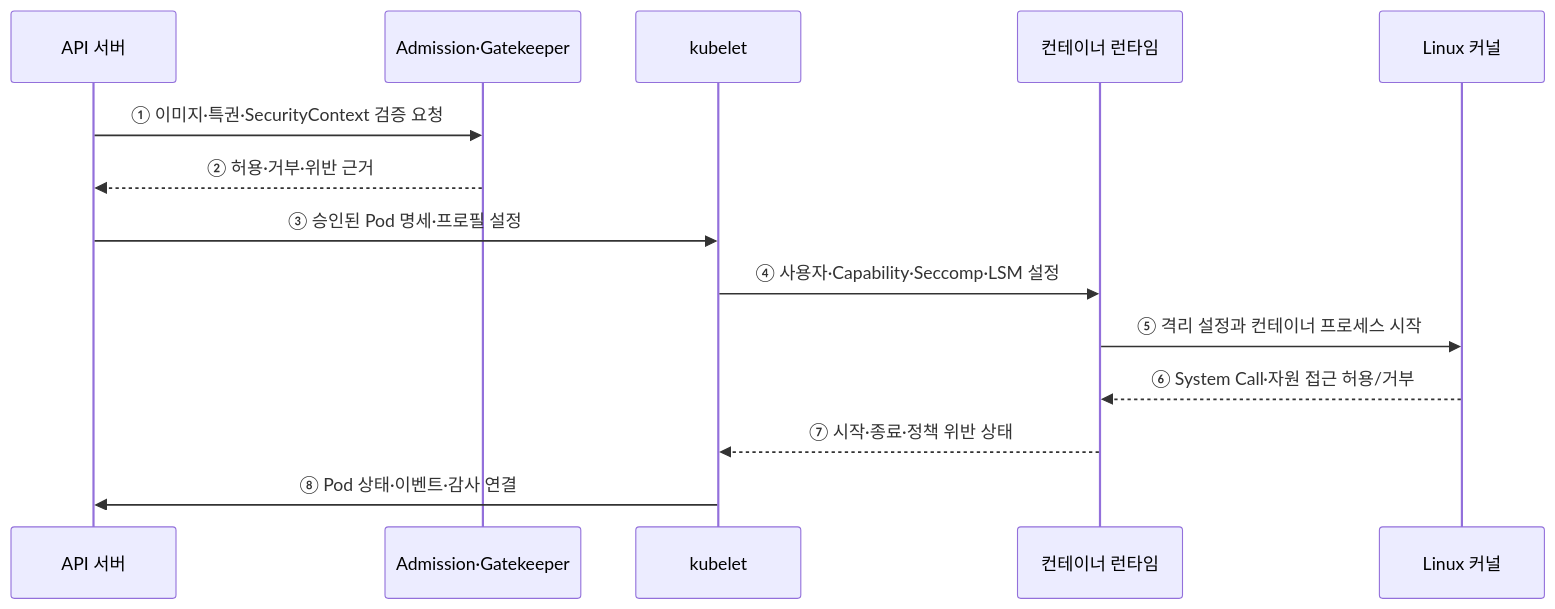
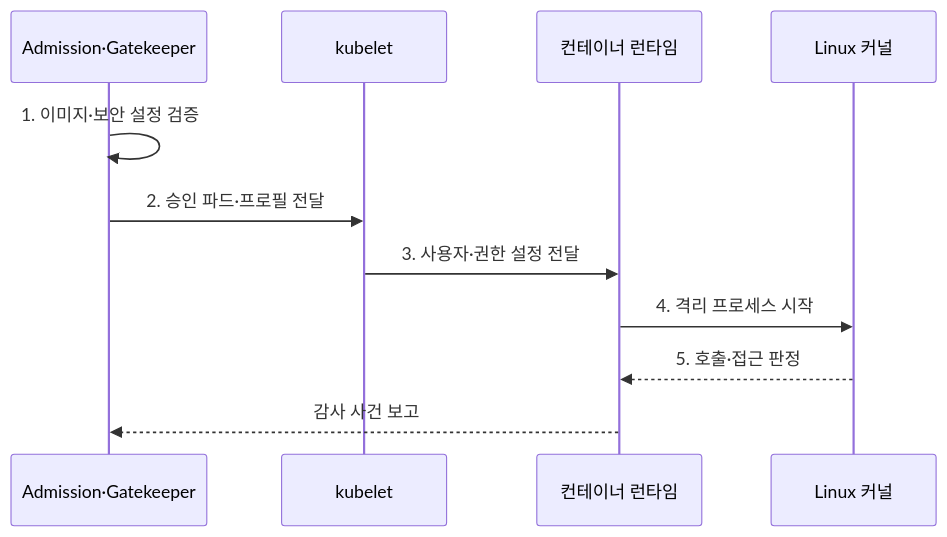
One commit to agnusdei1207/knowledge-base changed the second of 2 diagrams in src/content/docs/notes/03-software/158_container_security.md. Above: the diagram before and after it, drawn with Mermaid. The commit also changed other lines of this file and 20 other files, not shown here.

````diff
--- a/src/content/docs/notes/03-software/158_container_security.md
+++ b/src/content/docs/notes/03-software/158_container_security.md
@@ -73,16 +84,13 @@
 ```mermaid
 sequenceDiagram
-    participant A as API 서버
     participant O as Admission·Gatekeeper
     participant N as kubelet
     participant R as 컨테이너 런타임
     participant K as Linux 커널
-    A->>O: ① 이미지·특권·SecurityContext 검증 요청
-    O-->>A: ② 허용·거부·위반 근거
-    A->>N: ③ 승인된 Pod 명세·프로필 설정
-    N->>R: ④ 사용자·Capability·Seccomp·LSM 설정
-    R->>K: ⑤ 격리 설정과 컨테이너 프로세스 시작
-    K-->>R: ⑥ System Call·자원 접근 허용/거부
-    R-->>N: ⑦ 시작·종료·정책 위반 상태
-    N->>A: ⑧ Pod 상태·이벤트·감사 연결
+    O->>O: 1. 이미지·보안 설정 검증
+    O->>N: 2. 승인 파드·프로필 전달
+    N->>R: 3. 사용자·권한 설정 전달
+    R->>K: 4. 격리 프로세스 시작
+    K-->>R: 5. 호출·접근 판정
+    R-->>O: 감사 사건 보고
 ```
````
